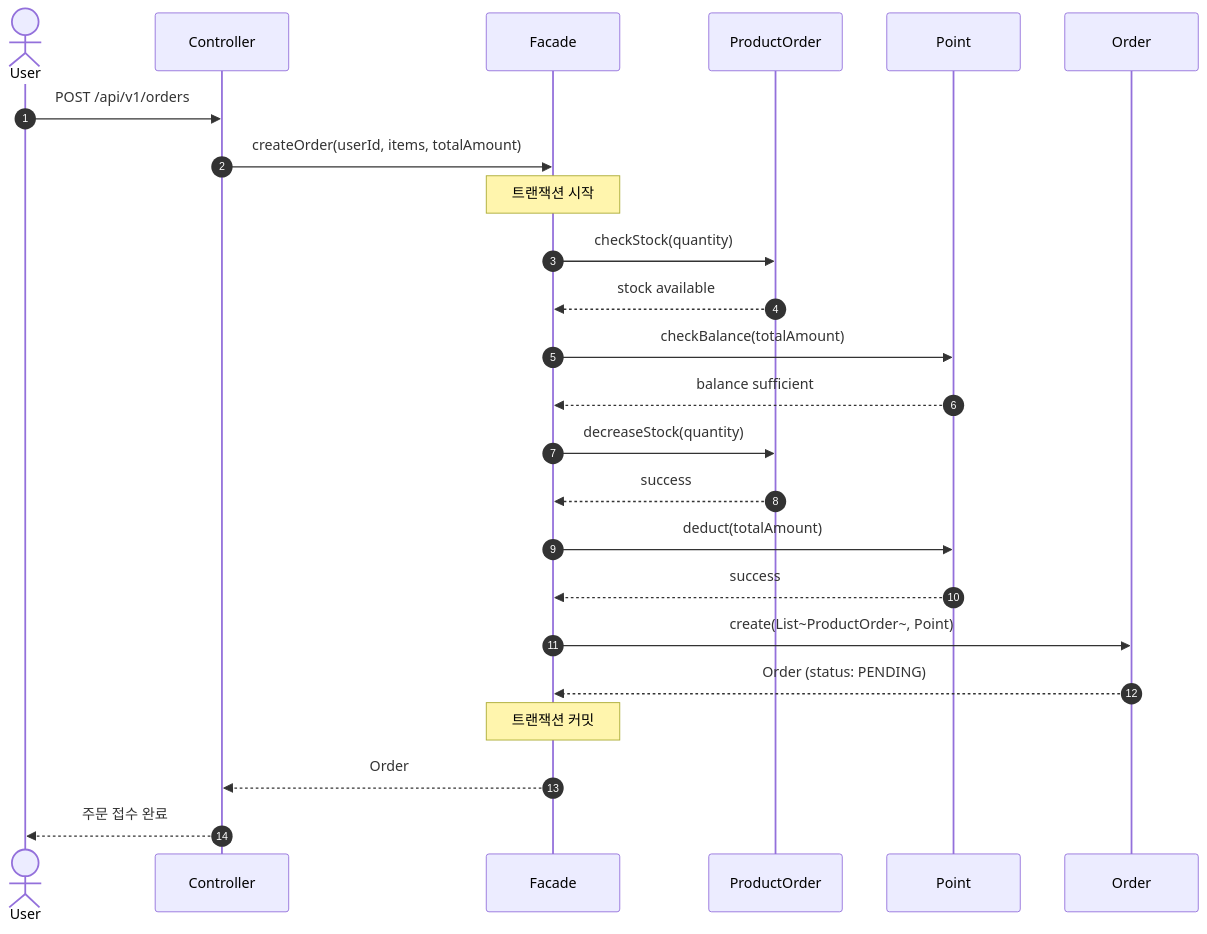
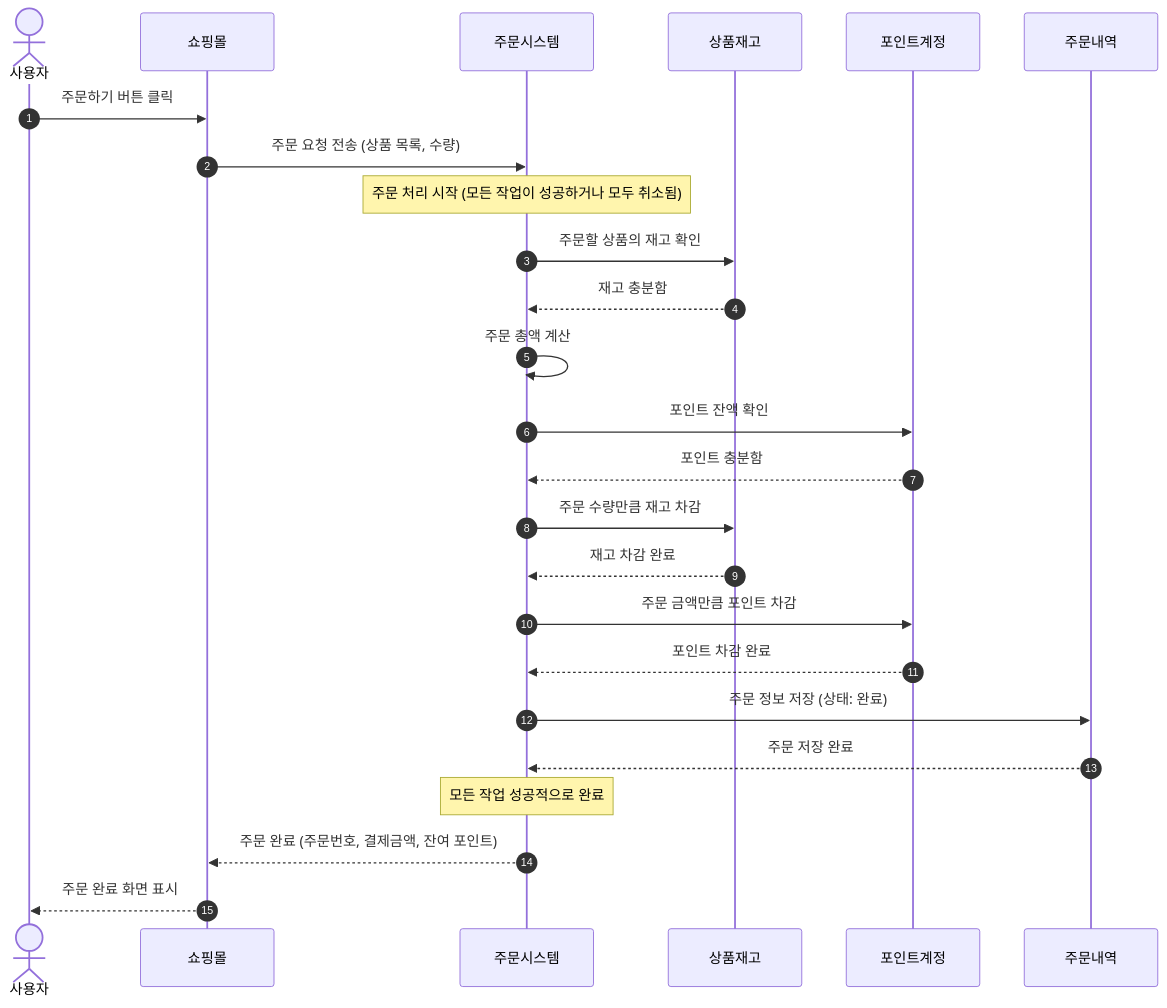
One commit to Loopers-dev-lab/loopers-spring-java-template changed the third of 4 diagrams in .docs/design/02-sequence-diagrams.md. Above: the diagram before and after it, drawn with Mermaid. The commit also changed other lines of this file and 3 other files, not shown here.

````diff
--- a/.docs/design/02-sequence-diagrams.md
+++ b/.docs/design/02-sequence-diagrams.md
@@ -81,34 +93,37 @@
 ```mermaid
 sequenceDiagram
     autonumber
-    actor User
-    participant Controller
-    participant Facade
-    participant ProductOrder
-    participant Point
-    participant Order
+    actor 사용자
+    participant 쇼핑몰
+    participant 주문시스템
+    participant 상품재고
+    participant 포인트계정
+    participant 주문내역
 
-    User->>Controller: POST /api/v1/orders
-    Controller->>Facade: createOrder(userId, items, totalAmount)
+    사용자->>쇼핑몰: 주문하기 버튼 클릭
+    쇼핑몰->>주문시스템: 주문 요청 전송 (상품 목록, 수량)
     
-    Note over Facade: 트랜잭션 시작
+    Note over 주문시스템: 주문 처리 시작 (모든 작업이 성공하거나 모두 취소됨)
     
-    Facade->>ProductOrder: checkStock(quantity)
-    ProductOrder-->>Facade: stock available
+    주문시스템->>상품재고: 주문할 상품의 재고 확인
+    상품재고-->>주문시스템: 재고 충분함
     
-    Facade->>Point: checkBalance(totalAmount)
-    Point-->>Facade: balance sufficient
+    주문시스템->>주문시스템: 주문 총액 계산
     
-    Facade->>ProductOrder: decreaseStock(quantity)
-    ProductOrder-->>Facade: success
+    주문시스템->>포인트계정: 포인트 잔액 확인
+    포인트계정-->>주문시스템: 포인트 충분함
     
-    Facade->>Point: deduct(totalAmount)
-    Point-->>Facade: success
+    주문시스템->>상품재고: 주문 수량만큼 재고 차감
+    상품재고-->>주문시스템: 재고 차감 완료
     
-    Facade->>Order: create(List~ProductOrder~, Point)
-    Order-->>Facade: Order (status: PENDING)
+    주문시스템->>포인트계정: 주문 금액만큼 포인트 차감
+    포인트계정-->>주문시스템: 포인트 차감 완료
     
-    Note over Facade: 트랜잭션 커밋
-    Facade-->>Controller: Order
-    Controller-->>User: 주문 접수 완료
+    주문시스템->>주문내역: 주문 정보 저장 (상태: 완료)
+    주문내역-->>주문시스템: 주문 저장 완료
+    
+    Note over 주문시스템: 모든 작업 성공적으로 완료
+    
+    주문시스템-->>쇼핑몰: 주문 완료 (주문번호, 결제금액, 잔여 포인트)
+    쇼핑몰-->>사용자: 주문 완료 화면 표시
 ```
````
